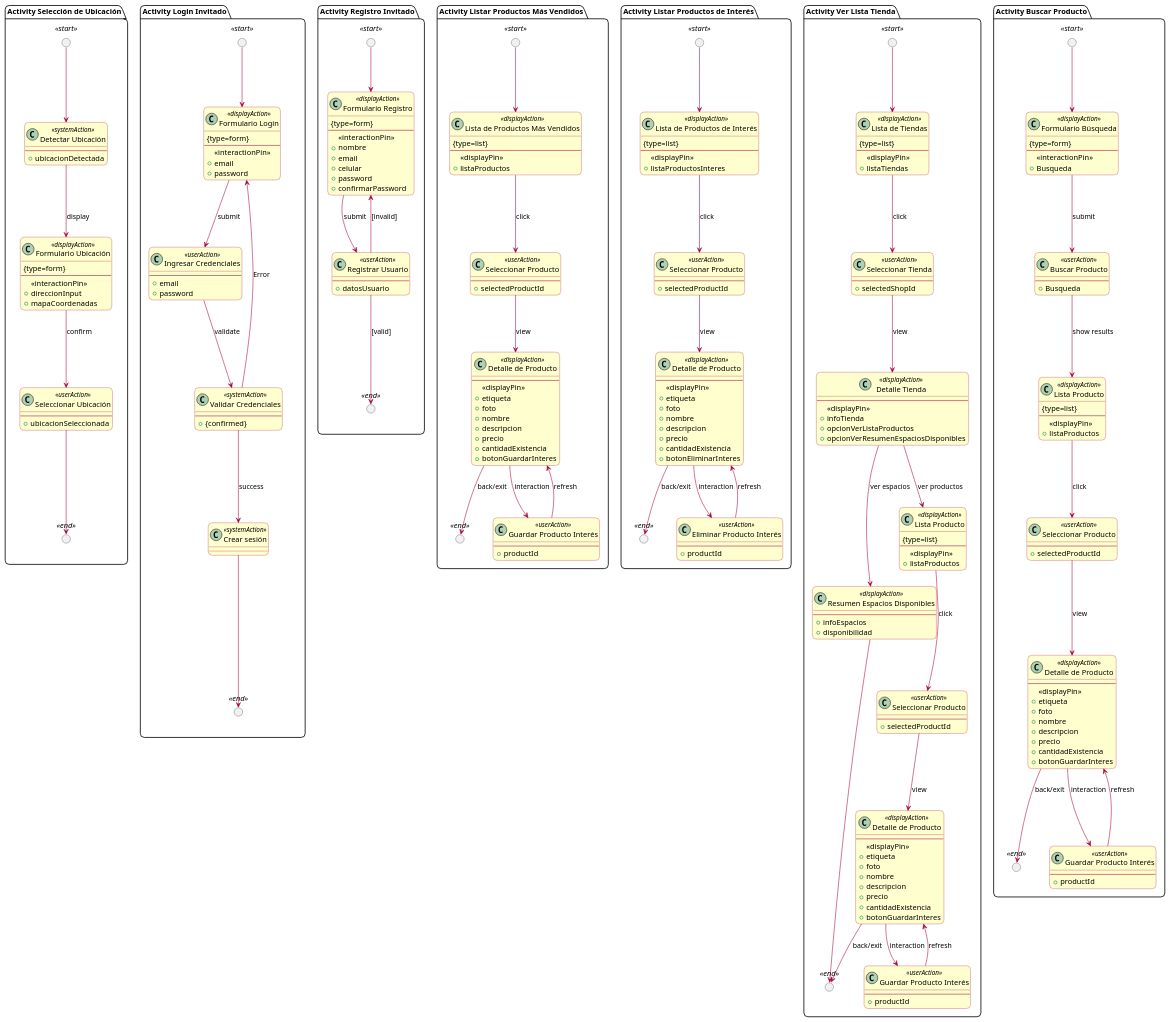
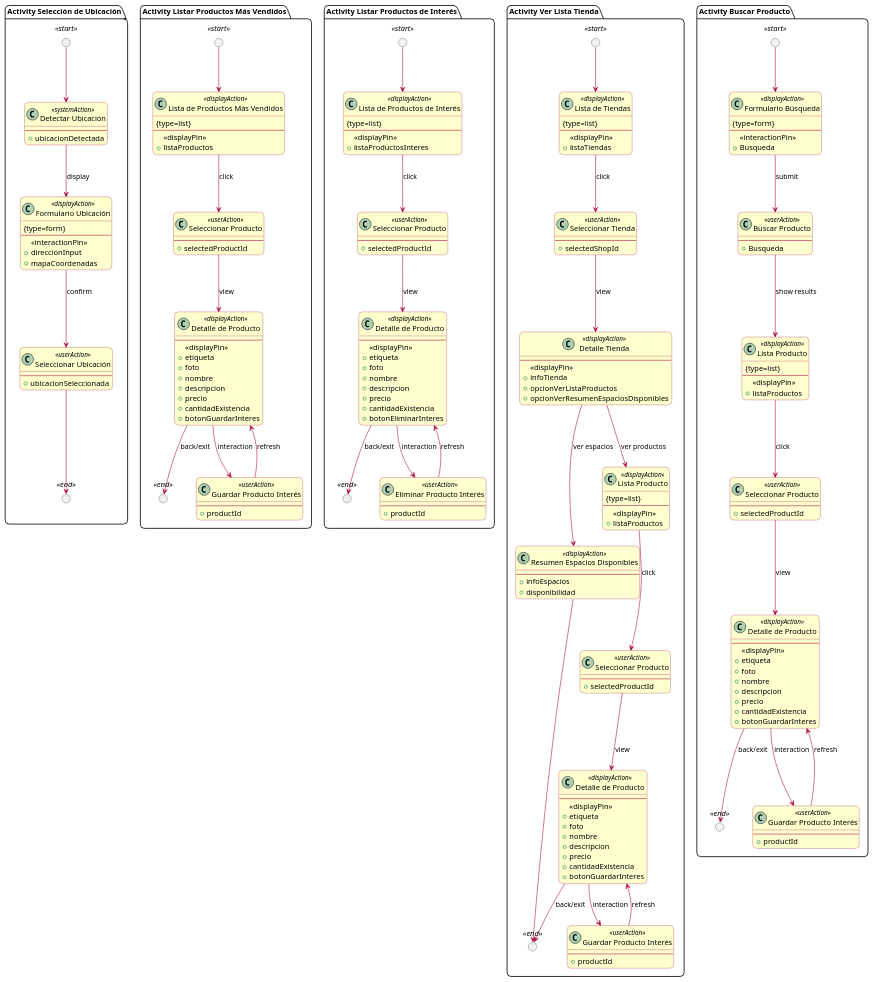
One commit to AinsleyJack/UWE-Tienda-Colectiva changed the diagram in Requirements Model/guest_user/Activites/guest_user_activites.puml. Above: the diagram before and after it, drawn with PlantUML. The commit also changed 8 other files, not shown here.

```diff
--- a/Requirements Model/guest_user/Activites/guest_user_activites.puml
+++ b/Requirements Model/guest_user/Activites/guest_user_activites.puml
@@ -60,73 +60,6 @@
   Loc_Select --> Loc_End
 }
 
-' ------------------------------------------
-' 2. LOGIN DE INVITADO
-' ------------------------------------------
-package "Activity Login Invitado" {
-  circle " " as Log_Start <<start>>
-  circle " " as Log_End <<end>>
-
-  class "Formulario Login" as Log_Form <<displayAction>> {
-    {type=form}
-    --
-    <<interactionPin>>
-    + email
-    + password
-  }
-
-  class "Ingresar Credenciales" as Log_Input <<userAction>> {
-    --
-    + email
-    + password
-  }
-
-  class "Validar Credenciales" as Log_Validate <<systemAction>> {
-    --
-    + {confirmed}
-  }
-
-  class "Crear sesión" as Log_Session <<systemAction>>
-
-  Log_Start --> Log_Form
-  Log_Form --> Log_Input : submit
-  
-  Log_Input --> Log_Validate:validate
-  Log_Validate --> Log_Session : success
-  Log_Session --> Log_End
-  Log_Validate --> Log_Form : Error
-}
-
-' ------------------------------------------
-' 3. REGISTRO DE INVITADO
-' ------------------------------------------
-package "Activity Registro Invitado" {
-  circle " " as Reg_Start <<start>>
-  circle " " as Reg_End <<end>>
-
-
-  class "Formulario Registro" as Reg_Form <<displayAction>> {
-    {type=form}
-    --
-    <<interactionPin>>
-    + nombre
-    + email
-    + celular
-    + password
-    + confirmarPassword
-  }
-
-  class "Registrar Usuario" as Reg_Action <<userAction>> {
-    --
-    + datosUsuario
-  }
-
-  Reg_Start --> Reg_Form
-  Reg_Form --> Reg_Action : submit
-  
-  Reg_Action --> Reg_End : [valid]
-  Reg_Action --> Reg_Form : [invalid]
-}
 
 ' ------------------------------------------
 ' 4. LISTAR PRODUCTOS MÁS VENDIDOS
```
